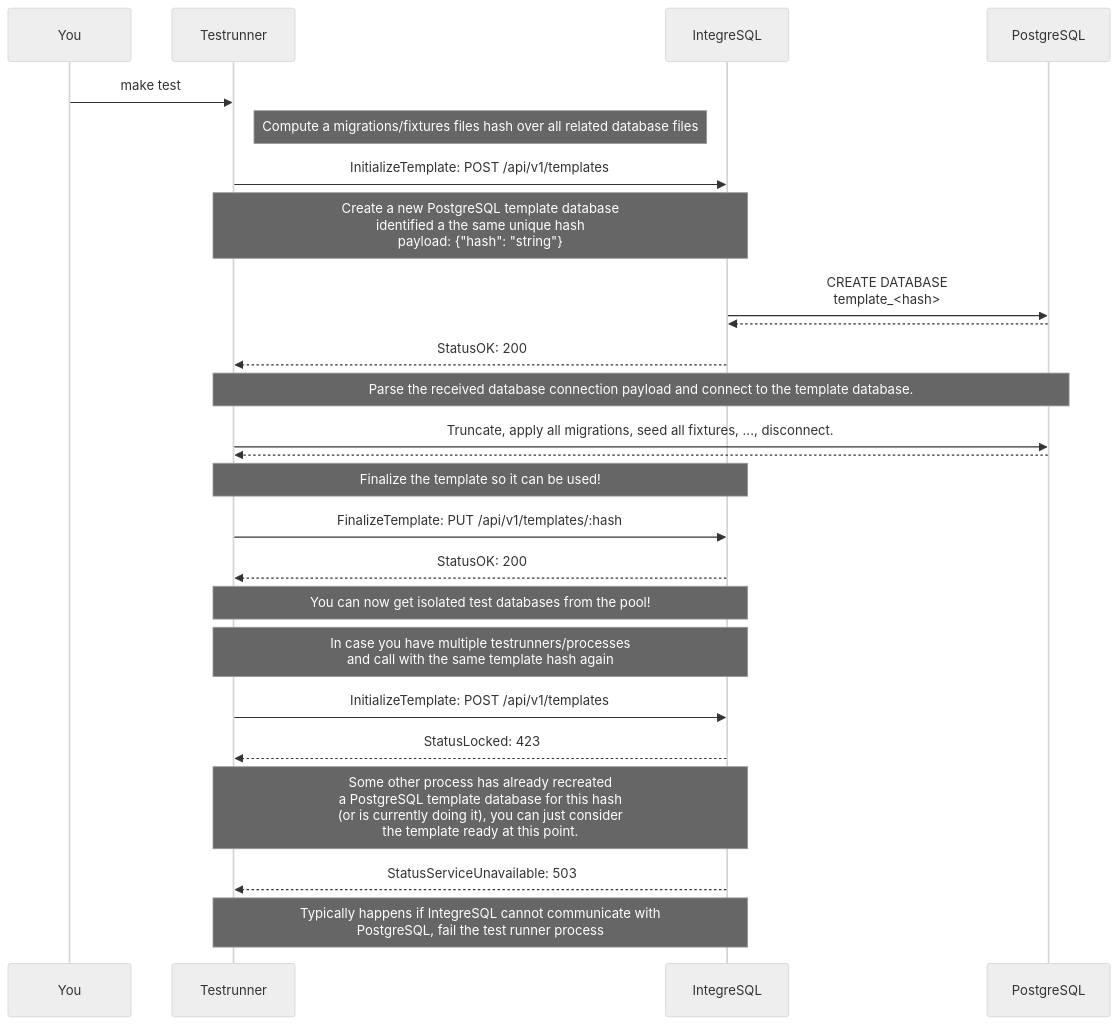
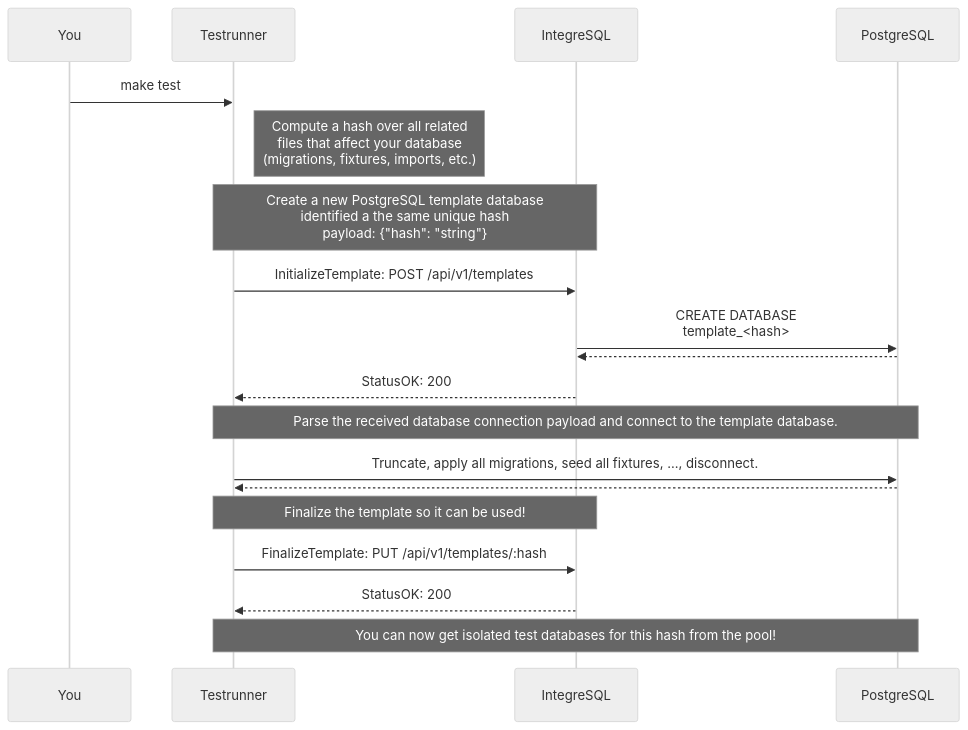
Before and after one commit to allaboutapps/integresql: the first of 3 diagrams in docs/integration.template.md, drawn with Mermaid (neutral theme). The commit also changed other lines of this file and 5 other files, not shown here.

Commit message:
integration diagrams

````diff
--- a/docs/integration.template.md
+++ b/docs/integration.template.md
@@ -19,39 +27,27 @@
 ```mermaid
 sequenceDiagram
     You->>Testrunner: make test
 
-    Note right of Testrunner: Compute a migrations/fixtures files hash over all related database files
+    Note right of Testrunner: Compute a hash over all related <br/> files that affect your database<br/> (migrations, fixtures, imports, etc.)
 
+    Note over Testrunner,IntegreSQL: Create a new PostgreSQL template database<br/> identified a the same unique hash <br/>payload: {"hash": "string"} 
 
     Testrunner->>IntegreSQL: InitializeTemplate: POST /api/v1/templates
-
-    Note over Testrunner,IntegreSQL: Create a new PostgreSQL template database<br/> identified a the same unique hash <br/>payload: {"hash": "string"} 
 
     IntegreSQL->>PostgreSQL: CREATE DATABASE <br/>template_<hash>
     PostgreSQL-->>IntegreSQL: 
 
     IntegreSQL-->>Testrunner: StatusOK: 200
 
     Note over Testrunner,PostgreSQL: Parse the received database connection payload and connect to the template database.
 
     Testrunner->>PostgreSQL: Truncate, apply all migrations, seed all fixtures, ..., disconnect.
     PostgreSQL-->>Testrunner: 
 
     Note over Testrunner,IntegreSQL: Finalize the template so it can be used!
 
     Testrunner->>IntegreSQL: FinalizeTemplate: PUT /api/v1/templates/:hash
     IntegreSQL-->>Testrunner: StatusOK: 200
 
-    Note over Testrunner,IntegreSQL: You can now get isolated test databases from the pool!
-
-    Note over Testrunner,IntegreSQL: In case you have multiple testrunners/processes <br/>and call with the same template hash again
-
-    Testrunner->>IntegreSQL: InitializeTemplate: POST /api/v1/templates
-    IntegreSQL-->>Testrunner: StatusLocked: 423
-
-    Note over Testrunner,IntegreSQL: Some other process has already recreated <br/> a PostgreSQL template database for this hash<br/> (or is currently doing it), you can just consider<br/> the template ready at this point.
-
-    IntegreSQL-->>Testrunner: StatusServiceUnavailable: 503
-
-    Note over Testrunner,IntegreSQL: Typically happens if IntegreSQL cannot communicate with<br/>PostgreSQL, fail the test runner process
+    Note over Testrunner,PostgreSQL: You can now get isolated test databases for this hash from the pool! 
 ```
````
